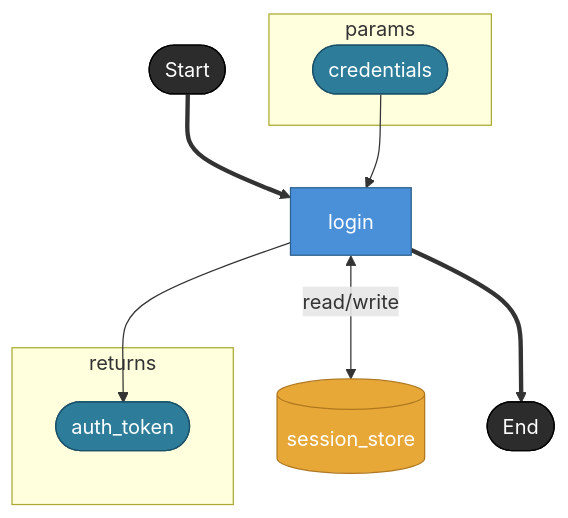
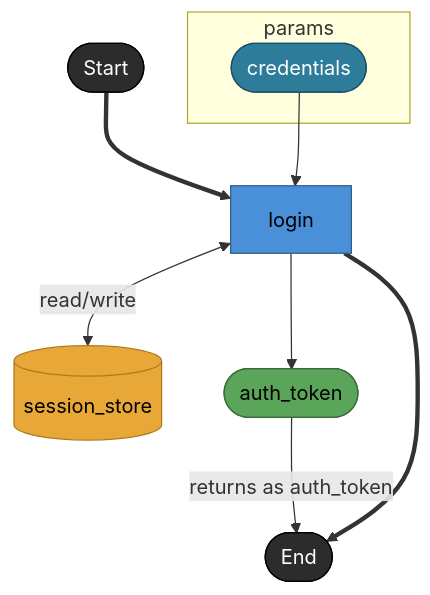
One commit to hiroshiasayadev-prog/brewprint changed the third of 6 diagrams in docs/spec/views/dag.md. Above: the diagram before and after it, drawn with Mermaid. The commit also changed other lines of this file and 1 other file, not shown here.

````diff
--- a/docs/spec/views/dag.md
+++ b/docs/spec/views/dag.md
@@ -580,24 +654,24 @@
 ```mermaid
 flowchart TD
   subgraph params
     credentials([credentials])
   end
-  subgraph returns
-    auth_token([auth_token])
-  end
 
   _start([Start]) ==> login
   credentials --> login[login]
   login <-- "read/write" --> session_store[(session_store)]
-  login --> auth_token
-  login ==> _end([End])
+  login --> auth_token([auth_token])
+  auth_token -- "returns as auth_token" --> _end([End])
+  login ==> _end
 
-  classDef taskNode     fill:#4A90D9,stroke:#2C5F8A,color:#fff
-  classDef storeNode    fill:#E8A838,stroke:#B07820,color:#fff
-  classDef terminalNode fill:#2C2C2C,stroke:#000,color:#fff
-  classDef boundaryNode fill:#2D7D9A,stroke:#1A5068,color:#fff
+  classDef taskNode      fill:#4A90D9,stroke:#2C5F8A,color:#000
+  classDef assetNode     fill:#5BA55B,stroke:#3A6B3A,color:#000
+  classDef storeNode     fill:#E8A838,stroke:#B07820,color:#000
+  classDef terminalNode  fill:#2C2C2C,stroke:#000,color:#fff
+  classDef boundaryNode  fill:#2D7D9A,stroke:#1A5068,color:#fff
   class login taskNode
+  class auth_token assetNode
   class session_store storeNode
   class _start,_end terminalNode
-  class credentials,auth_token boundaryNode
+  class credentials boundaryNode
 ```
````
